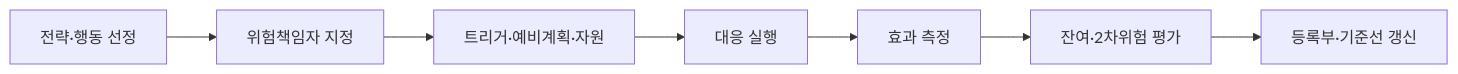
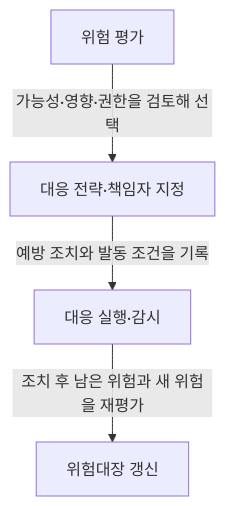
One commit to agnusdei1207/study changed the first of 2 diagrams in src/content/docs/notes/itpe/01-it-strategy/040_negative_risk_response_strategy.md. Above: the diagram before and after it, drawn with Mermaid. The commit also changed other lines of this file and 1 other file, not shown here.

````diff
--- a/src/content/docs/notes/itpe/01-it-strategy/040_negative_risk_response_strategy.md
+++ b/src/content/docs/notes/itpe/01-it-strategy/040_negative_risk_response_strategy.md
@@ -127,9 +108,6 @@
 ```mermaid
-flowchart LR
-    A[전략·행동 선정] --> O[위험책임자 지정]
-    O --> T[트리거·예비계획·자원]
-    T --> X[대응 실행]
-    X --> V[효과 측정]
-    V --> R[잔여·2차위험 평가]
-    R --> U[등록부·기준선 갱신]
+flowchart TD
+    A[위험 평가] -->|가능성·영향·권한을 검토해 선택| B[대응 전략·책임자 지정]
+    B -->|예방 조치와 발동 조건을 기록| C[대응 실행·감시]
+    C -->|조치 후 남은 위험과 새 위험을 재평가| D[위험대장 갱신]
 ```
````
